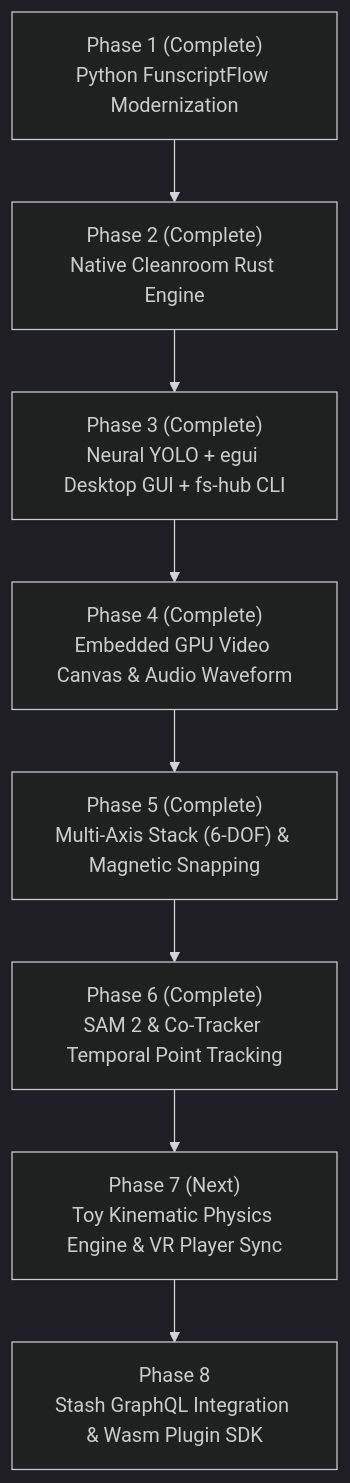
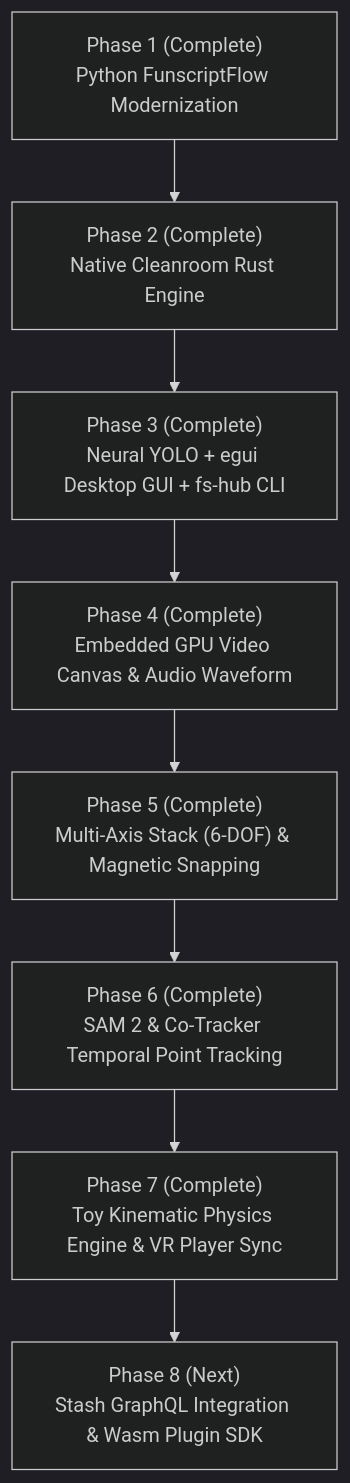
The diagram in MASTER_ROADMAP.md (gamerman420691337-arch/pulsar-fs), drawn with Mermaid (dark theme) before and after one commit. The commit also changed other lines of this file and 12 other files, not shown here.

Commit message:
feat: Phase 7 complete - Toy kinematic physics engine, jerk-limited S-curve smoothing, thermal wattage protection, and VR headset sync

````diff
--- a/MASTER_ROADMAP.md
+++ b/MASTER_ROADMAP.md
@@ -127,10 +127,10 @@
 ```mermaid
 graph TD
     P1["Phase 1 (Complete)<br/>Python FunscriptFlow Modernization"] --> P2["Phase 2 (Complete)<br/>Native Cleanroom Rust Engine"]
     P2 --> P3["Phase 3 (Complete)<br/>Neural YOLO + egui Desktop GUI + fs-hub CLI"]
     P3 --> P4["Phase 4 (Complete)<br/>Embedded GPU Video Canvas & Audio Waveform"]
     P4 --> P5["Phase 5 (Complete)<br/>Multi-Axis Stack (6-DOF) & Magnetic Snapping"]
     P5 --> P6["Phase 6 (Complete)<br/>SAM 2 & Co-Tracker Temporal Point Tracking"]
-    P6 --> P7["Phase 7 (Next)<br/>Toy Kinematic Physics Engine & VR Player Sync"]
-    P7 --> P8["Phase 8<br/>Stash GraphQL Integration & Wasm Plugin SDK"]
+    P6 --> P7["Phase 7 (Complete)<br/>Toy Kinematic Physics Engine & VR Player Sync"]
+    P7 --> P8["Phase 8 (Next)<br/>Stash GraphQL Integration & Wasm Plugin SDK"]
 ```
````
